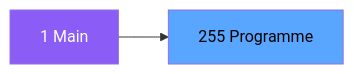
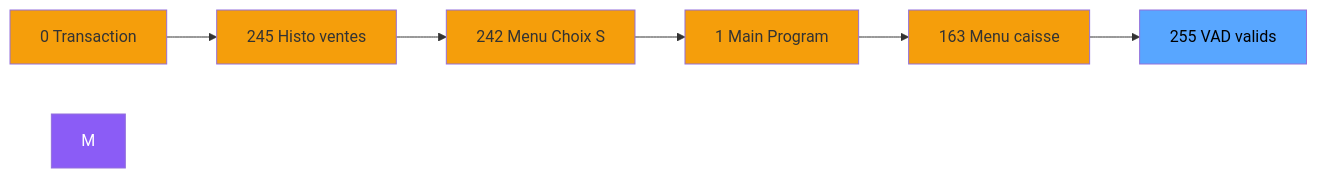
The second of 3 diagrams in .openspec/specs/ADH-IDE-255.md (thonyAGP/magic-migration), drawn with Mermaid before and after one commit. The commit also changed other lines of this file and 323 other files, not shown here.

````diff
--- a/.openspec/specs/ADH-IDE-255.md
+++ b/.openspec/specs/ADH-IDE-255.md
@@ -113,8 +138,21 @@
 ```mermaid
 graph LR
-    M[1 Main]
-    T[255 Programme]
-    M --> T
+    N0[0 Transaction ]
+    N245[245 Histo ventes]
+    N242[242 Menu Choix S]
+    N1[1 Main Program]
+    N163[163 Menu caisse ]
+    T[255 VAD valids  ]
+    N0 --> N245
+    N245 --> N242
+    N242 --> N1
+    N1 --> N163
+    N163 --> T
     style M fill:#8b5cf6,color:#fff
+    style N0 fill:#f59e0b
+    style N245 fill:#f59e0b
+    style N242 fill:#f59e0b
+    style N1 fill:#f59e0b
+    style N163 fill:#f59e0b
     style T fill:#58a6ff,color:#000
 ```
````
